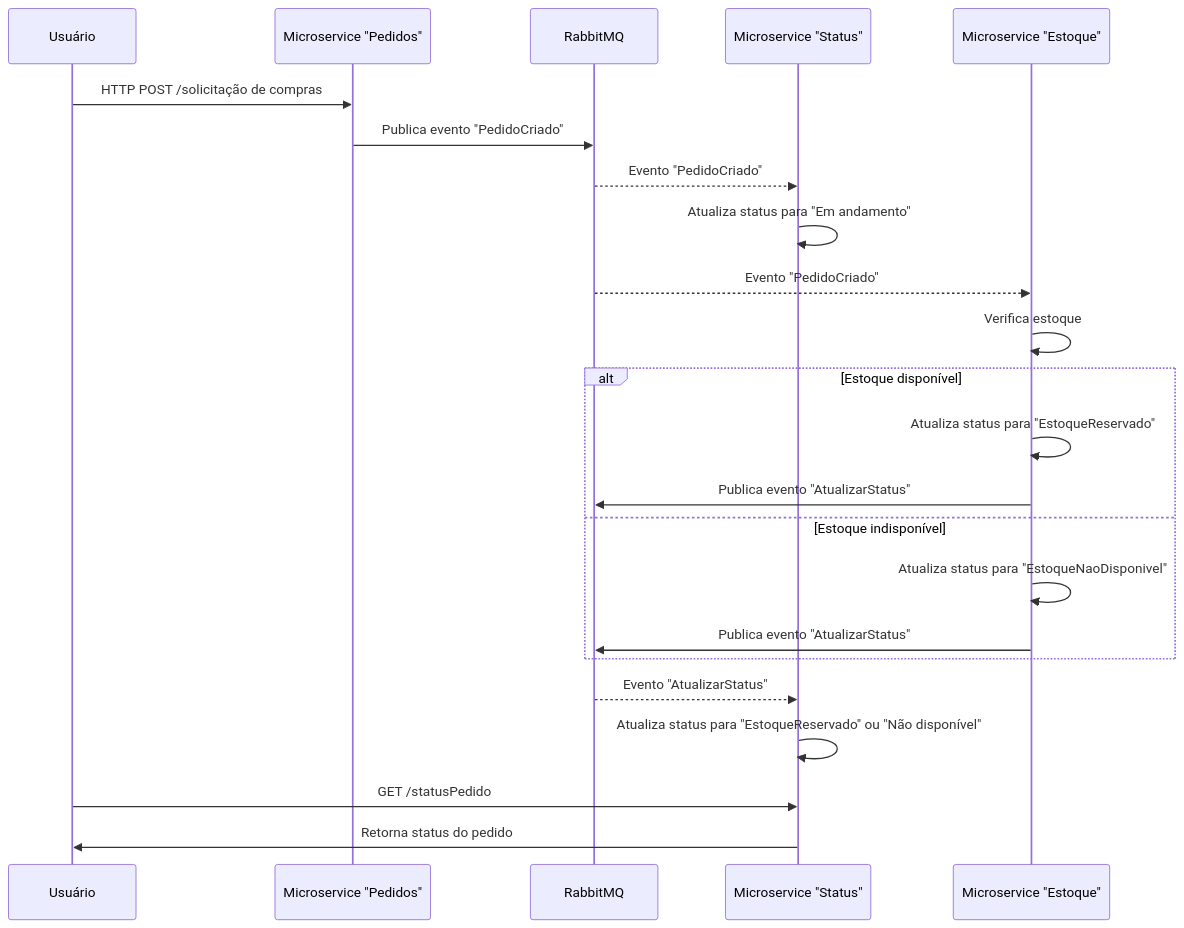
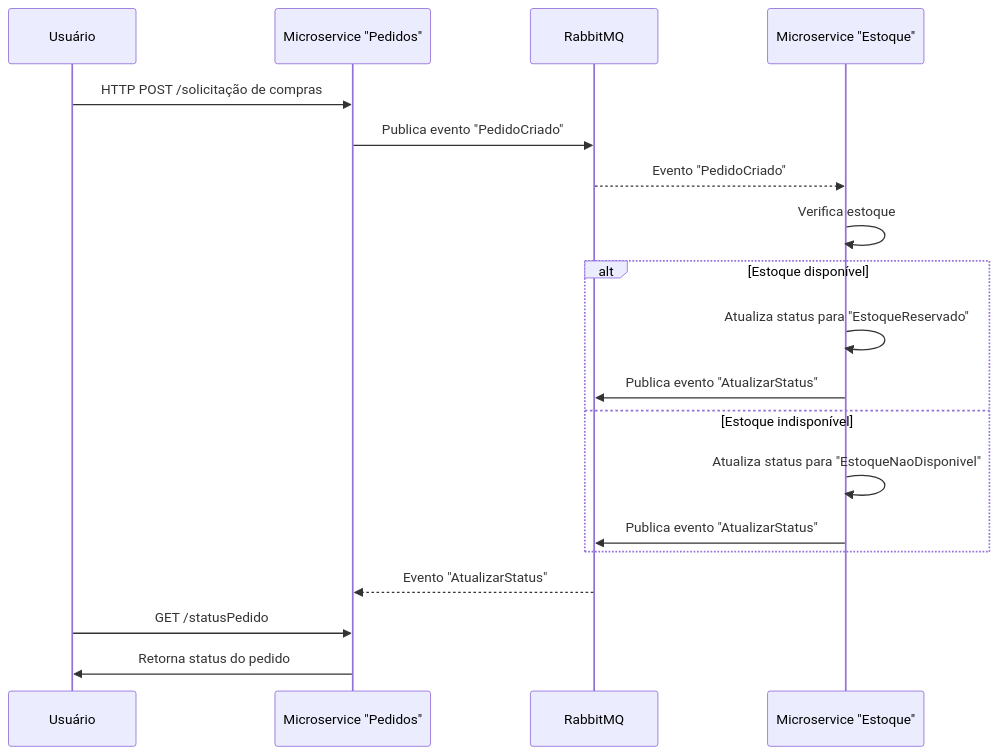
Before and after one commit to jeziellins/ReservaEstoqueDemo: the first of 2 diagrams in README.md, drawn with Mermaid. The commit also changed other lines of this file, not shown here.

Commit message:
Removendo o microservice status para simplificar a demo

````diff
--- a/README.md
+++ b/README.md
@@ -2,26 +2,22 @@
 ```mermaid
 sequenceDiagram
     participant Usuário
     participant MicroservicePedidos as Microservice "Pedidos"
     participant RabbitMQ
-    participant MicroserviceStatus as Microservice "Status"
     participant MicroserviceEstoque as Microservice "Estoque"
 
     Usuário->>MicroservicePedidos: HTTP POST /solicitação de compras
     MicroservicePedidos->>RabbitMQ: Publica evento "PedidoCriado"
-    RabbitMQ-->>MicroserviceStatus: Evento "PedidoCriado"
-    MicroserviceStatus->>MicroserviceStatus: Atualiza status para "Em andamento"
     RabbitMQ-->>MicroserviceEstoque: Evento "PedidoCriado"
     MicroserviceEstoque->>MicroserviceEstoque: Verifica estoque
     alt Estoque disponível
         MicroserviceEstoque->>MicroserviceEstoque: Atualiza status para "EstoqueReservado"
         MicroserviceEstoque->>RabbitMQ: Publica evento "AtualizarStatus"
     else Estoque indisponível
         MicroserviceEstoque->>MicroserviceEstoque: Atualiza status para "EstoqueNaoDisponivel"
         MicroserviceEstoque->>RabbitMQ: Publica evento "AtualizarStatus"
     end
-    RabbitMQ-->>MicroserviceStatus: Evento "AtualizarStatus"
-    MicroserviceStatus->>MicroserviceStatus: Atualiza status para "EstoqueReservado" ou "Não disponível"
-    Usuário->>MicroserviceStatus: GET /statusPedido
-    MicroserviceStatus->>Usuário: Retorna status do pedido
+    RabbitMQ-->>MicroservicePedidos: Evento "AtualizarStatus"
+    Usuário->>MicroservicePedidos: GET /statusPedido
+    MicroservicePedidos->>Usuário: Retorna status do pedido
 ```
````
